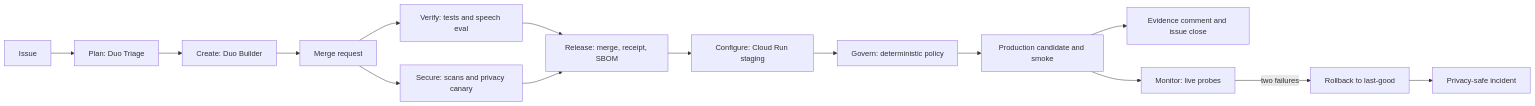
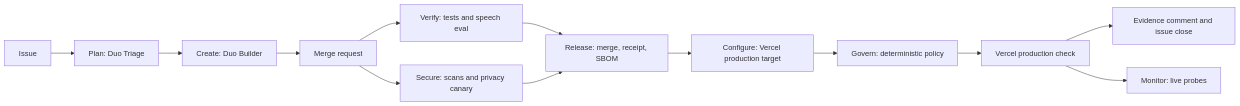
One commit to mayorXBT/Basement changed the diagram in README.md. Above: the diagram before and after it, drawn with Mermaid. The commit also changed other lines of this file and 27 other files, not shown here.

First line of the commit message:
Keep production on Vercel

````diff
--- a/README.md
+++ b/README.md
@@ -9,17 +9,15 @@
 ```mermaid
 flowchart LR
     I[Issue] --> T[Plan: Duo Triage]
     T --> B[Create: Duo Builder]
     B --> MR[Merge request]
     MR --> V[Verify: tests and speech eval]
     MR --> S[Secure: scans and privacy canary]
     V --> R[Release: merge, receipt, SBOM]
     S --> R
-    R --> C[Configure: Cloud Run staging]
+    R --> C[Configure: Vercel production target]
     C --> G[Govern: deterministic policy]
-    G --> P[Production candidate and smoke]
+    G --> P[Vercel production check]
     P --> E[Evidence comment and issue close]
     P --> M[Monitor: live probes]
-    M -->|two failures| RB[Rollback to last-good]
-    RB --> IN[Privacy-safe incident]
 ```
````
